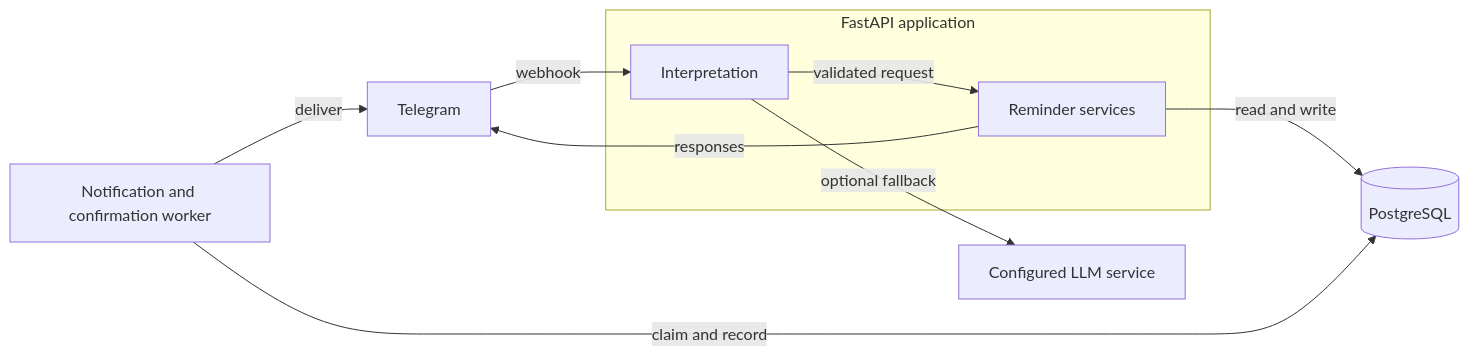
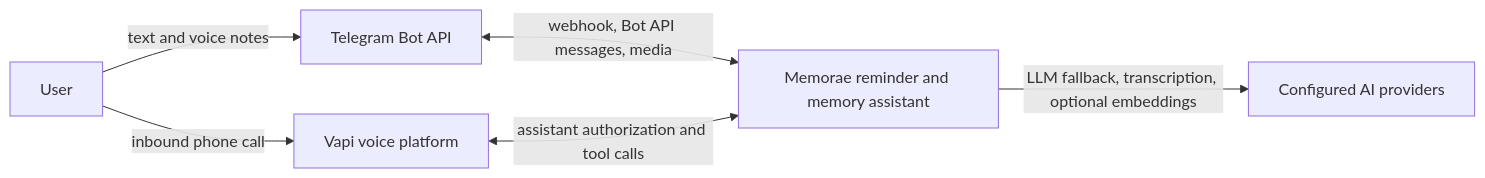
Before and after one commit to mmaazkhanhere/memorae-challenge: the first of 5 diagrams in docs/Architecture.md, drawn with Mermaid. The commit also changed other lines of this file, not shown here.

Commit message:
docs(architecture): align with implementation

````diff
--- a/docs/Architecture.md
+++ b/docs/Architecture.md
@@ -1050,20 +35,14 @@
 ```mermaid
 flowchart LR
-    TG[Telegram]
-    LLM[Configured LLM service]
-    DB[(PostgreSQL)]
-    WORKER[Notification and confirmation worker]
+    User[User]
+    Telegram[Telegram Bot API]
+    Vapi[Vapi voice platform]
+    Ai[Configured AI providers]
+    Memorae[Memorae reminder and memory assistant]
 
-    subgraph APP["FastAPI application"]
-        INTERPRET[Interpretation]
-        SERVICES[Reminder services]
-    end
-
-    TG -->|webhook| INTERPRET
-    INTERPRET -->|validated request| SERVICES
-    SERVICES -->|responses| TG
-    SERVICES -->|read and write| DB
-    INTERPRET -->|optional fallback| LLM
-    WORKER -->|claim and record| DB
-    WORKER -->|deliver| TG
+    User -->|text and voice notes| Telegram
+    Telegram <-->|webhook, Bot API messages, media| Memorae
+    User -->|inbound phone call| Vapi
+    Vapi <-->|assistant authorization and tool calls| Memorae
+    Memorae -->|LLM fallback, transcription, optional embeddings| Ai
 ```
````
